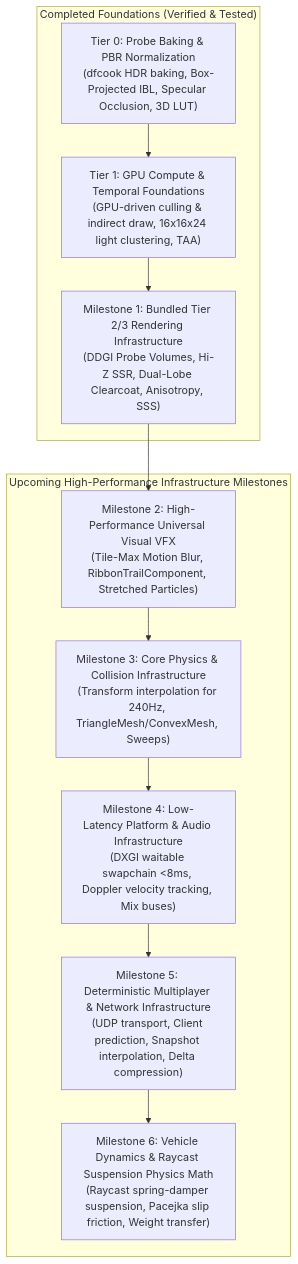
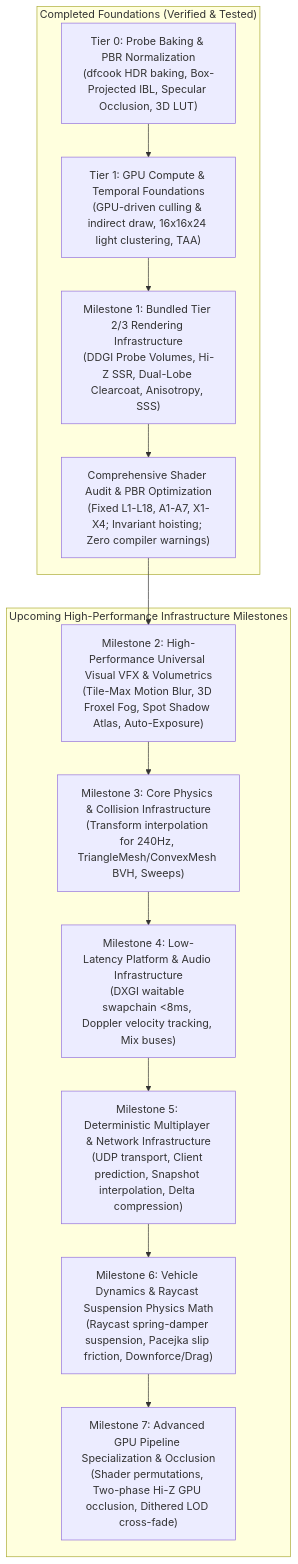
The first of 2 diagrams in RENDERING_ROADMAP.md (Omar0Gamal/DarkFire), drawn with Mermaid before and after one commit. The commit also changed other lines of this file, not shown here.

Commit message:
docs: update RENDERING_ROADMAP.md with verified shader audit milestone, froxel fog, spot shadow atlas, and AAA rating progression

````diff
--- a/RENDERING_ROADMAP.md
+++ b/RENDERING_ROADMAP.md
@@ -17,24 +17,28 @@
 ```mermaid
 flowchart TD
     subgraph CompletedFoundations["Completed Foundations (Verified & Tested)"]
         Tier0["Tier 0: Probe Baking & PBR Normalization\n(dfcook HDR baking, Box-Projected IBL, Specular Occlusion, 3D LUT)"]
         Tier1["Tier 1: GPU Compute & Temporal Foundations\n(GPU-driven culling & indirect draw, 16x16x24 light clustering, TAA)"]
         Milestone1["Milestone 1: Bundled Tier 2/3 Rendering Infrastructure\n(DDGI Probe Volumes, Hi-Z SSR, Dual-Lobe Clearcoat, Anisotropy, SSS)"]
+        AuditMilestone["Comprehensive Shader Audit & PBR Optimization\n(Fixed L1-L18, A1-A7, X1-X4; Invariant hoisting; Zero compiler warnings)"]
     end
 
     subgraph ActiveAndUpcoming["Upcoming High-Performance Infrastructure Milestones"]
-        Milestone2["Milestone 2: High-Performance Universal Visual VFX\n(Tile-Max Motion Blur, RibbonTrailComponent, Stretched Particles)"]
-        Milestone3["Milestone 3: Core Physics & Collision Infrastructure\n(Transform interpolation for 240Hz, TriangleMesh/ConvexMesh, Sweeps)"]
+        Milestone2["Milestone 2: High-Performance Universal Visual VFX & Volumetrics\n(Tile-Max Motion Blur, 3D Froxel Fog, Spot Shadow Atlas, Auto-Exposure)"]
+        Milestone3["Milestone 3: Core Physics & Collision Infrastructure\n(Transform interpolation for 240Hz, TriangleMesh/ConvexMesh BVH, Sweeps)"]
         Milestone4["Milestone 4: Low-Latency Platform & Audio Infrastructure\n(DXGI waitable swapchain <8ms, Doppler velocity tracking, Mix buses)"]
         Milestone5["Milestone 5: Deterministic Multiplayer & Network Infrastructure\n(UDP transport, Client prediction, Snapshot interpolation, Delta compression)"]
-        Milestone6["Milestone 6: Vehicle Dynamics & Raycast Suspension Physics Math\n(Raycast spring-damper suspension, Pacejka slip friction, Weight transfer)"]
+        Milestone6["Milestone 6: Vehicle Dynamics & Raycast Suspension Physics Math\n(Raycast spring-damper suspension, Pacejka slip friction, Downforce/Drag)"]
+        Milestone7["Milestone 7: Advanced GPU Pipeline Specialization & Occlusion\n(Shader permutations, Two-phase Hi-Z GPU occlusion, Dithered LOD cross-fade)"]
     end
 
     Tier0 --> Tier1
     Tier1 --> Milestone1
-    Milestone1 --> Milestone2
+    Milestone1 --> AuditMilestone
+    AuditMilestone --> Milestone2
     Milestone2 --> Milestone3
     Milestone3 --> Milestone4
     Milestone4 --> Milestone5
     Milestone5 --> Milestone6
+    Milestone6 --> Milestone7
 ```
````
